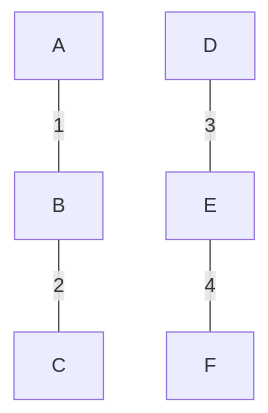
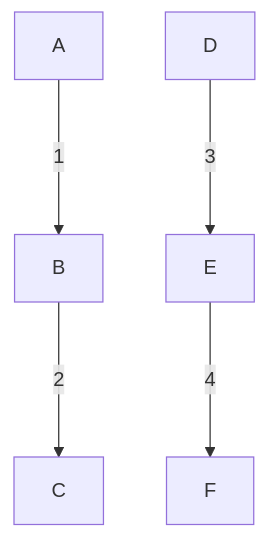
One commit to jpmmcneill/dbt-graph-theory changed the fifth of 13 diagrams in README.md. Above: the diagram before and after it, drawn with Mermaid. The commit also changed other lines of this file, not shown here.

Commit message:
make ordered graphs obviously ordered

````diff
--- a/README.md
+++ b/README.md
@@ -309,7 +309,7 @@
 ```mermaid
 flowchart
-  A---|1|B
-  B---|2|C
-  D---|3|E
-  E---|4|F
+  A--->|1|B
+  B--->|2|C
+  D--->|3|E
+  E--->|4|F
 ```
````
